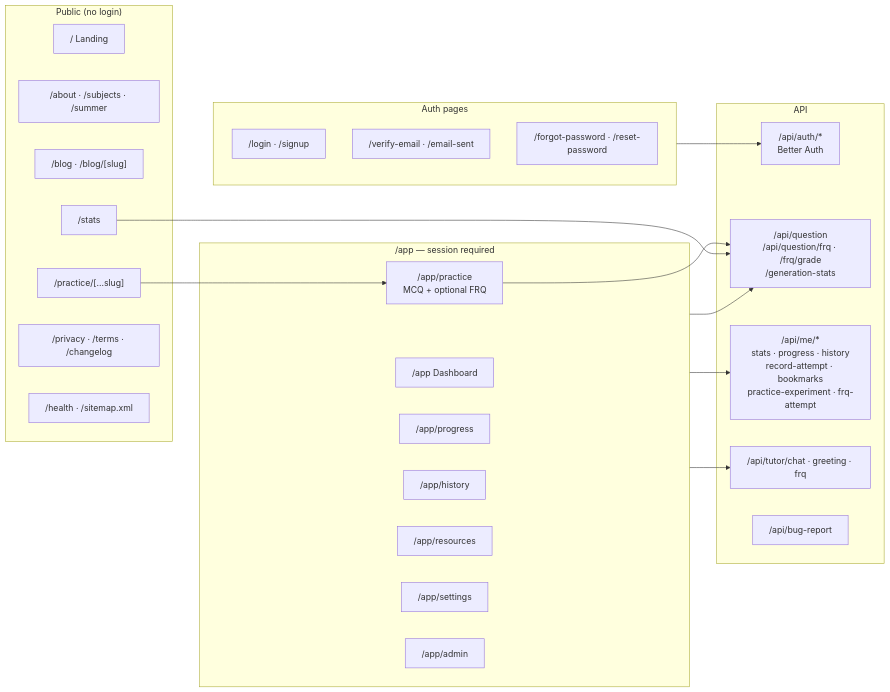
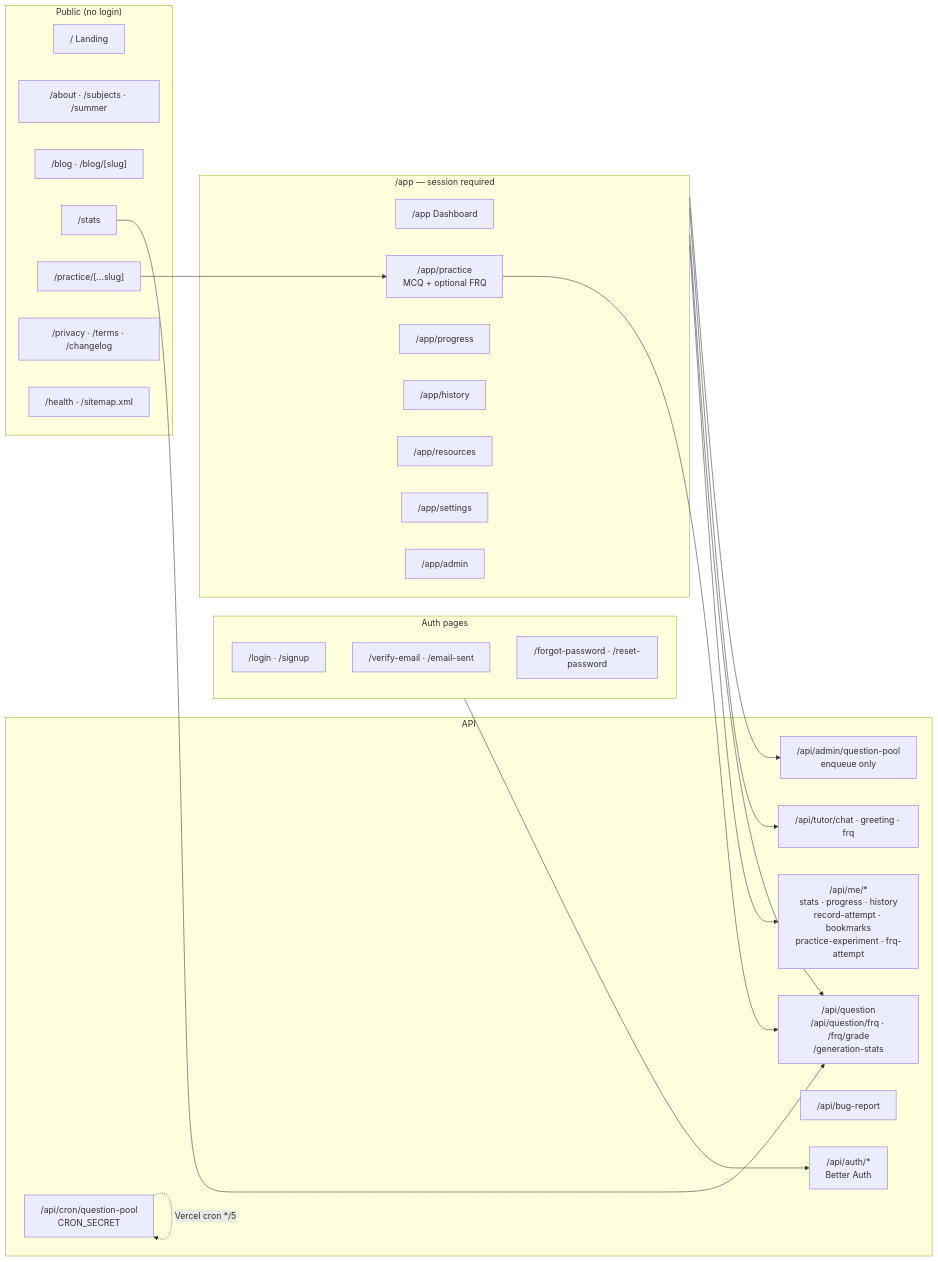
One commit to 5cisummai/freeappractice changed the third of 7 diagrams in docs/architecture.md. Above: the diagram before and after it, drawn with Mermaid. The commit also changed other lines of this file and 72 other files, not shown here.

First line of the commit message:
Replace request-path generation with a durable Mongo question pool.

````diff
--- a/docs/architecture.md
+++ b/docs/architecture.md
@@ -114,44 +120,48 @@
 ```mermaid
 flowchart LR
     subgraph Public["Public (no login)"]
         P1["/ Landing"]
         P2["/about · /subjects · /summer"]
         P3["/blog · /blog/[slug]"]
         P4["/stats"]
         P5["/practice/[...slug]"]
         P6["/privacy · /terms · /changelog"]
         P7["/health · /sitemap.xml"]
     end
 
     subgraph AuthPages["Auth pages"]
         A1["/login · /signup"]
         A2["/verify-email · /email-sent"]
         A3["/forgot-password · /reset-password"]
     end
 
     subgraph App["/app — session required"]
         D["/app Dashboard"]
         PR["/app/practice<br/>MCQ + optional FRQ"]
         PG["/app/progress"]
         HI["/app/history"]
         RS["/app/resources"]
         ST["/app/settings"]
         AD["/app/admin"]
     end
 
     subgraph API["API"]
         AUTH["/api/auth/*<br/>Better Auth"]
         Q["/api/question<br/>/api/question/frq · /frq/grade<br/>/generation-stats"]
         ME["/api/me/*<br/>stats · progress · history<br/>record-attempt · bookmarks<br/>practice-experiment · frq-attempt"]
         T["/api/tutor/chat · greeting · frq"]
         BR["/api/bug-report"]
+        CRON["/api/cron/question-pool<br/>CRON_SECRET"]
+        ADMINQ["/api/admin/question-pool<br/>enqueue only"]
     end
 
     AuthPages --> AUTH
     App --> ME
     App --> Q
     App --> T
+    App --> ADMINQ
     PR --> Q
     P4 --> Q
     P5 --> PR
+    CRON -.->|"Vercel cron */5"| CRON
 ```
````
